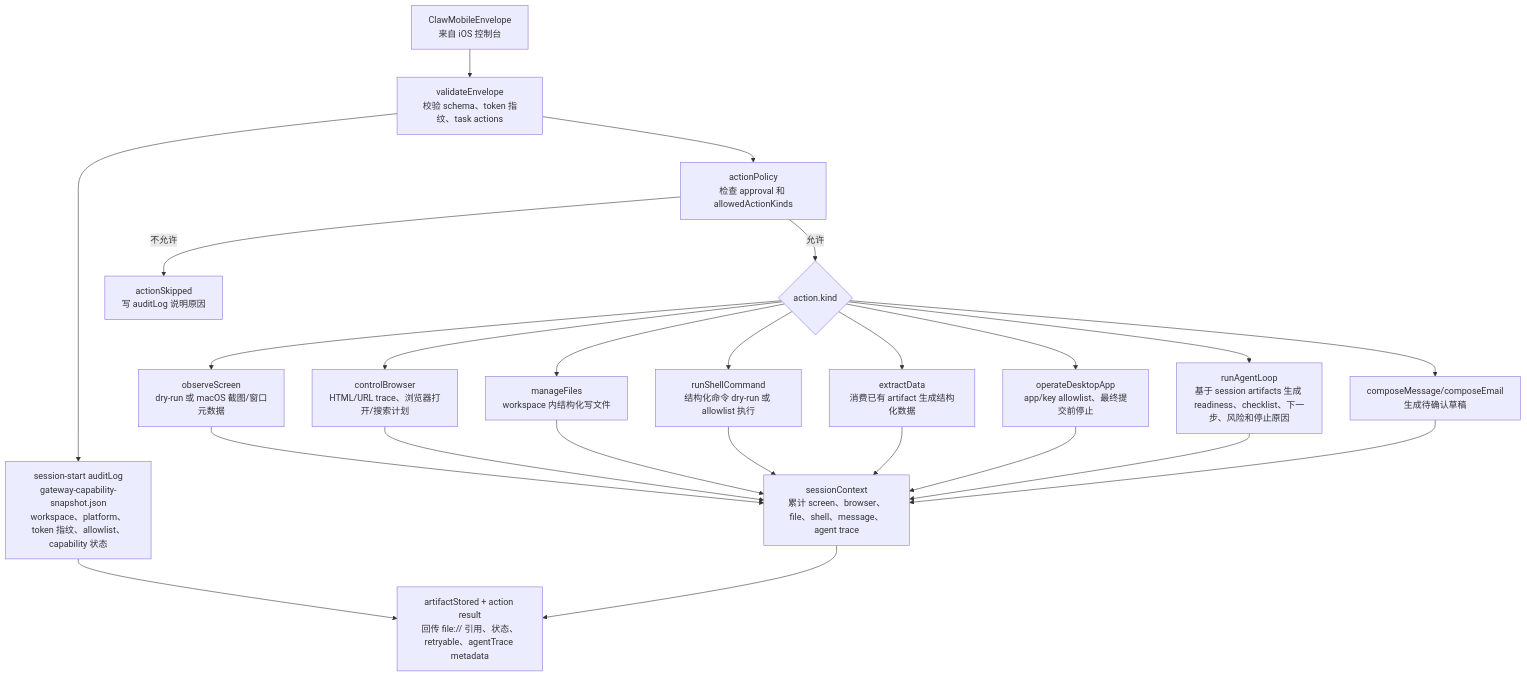
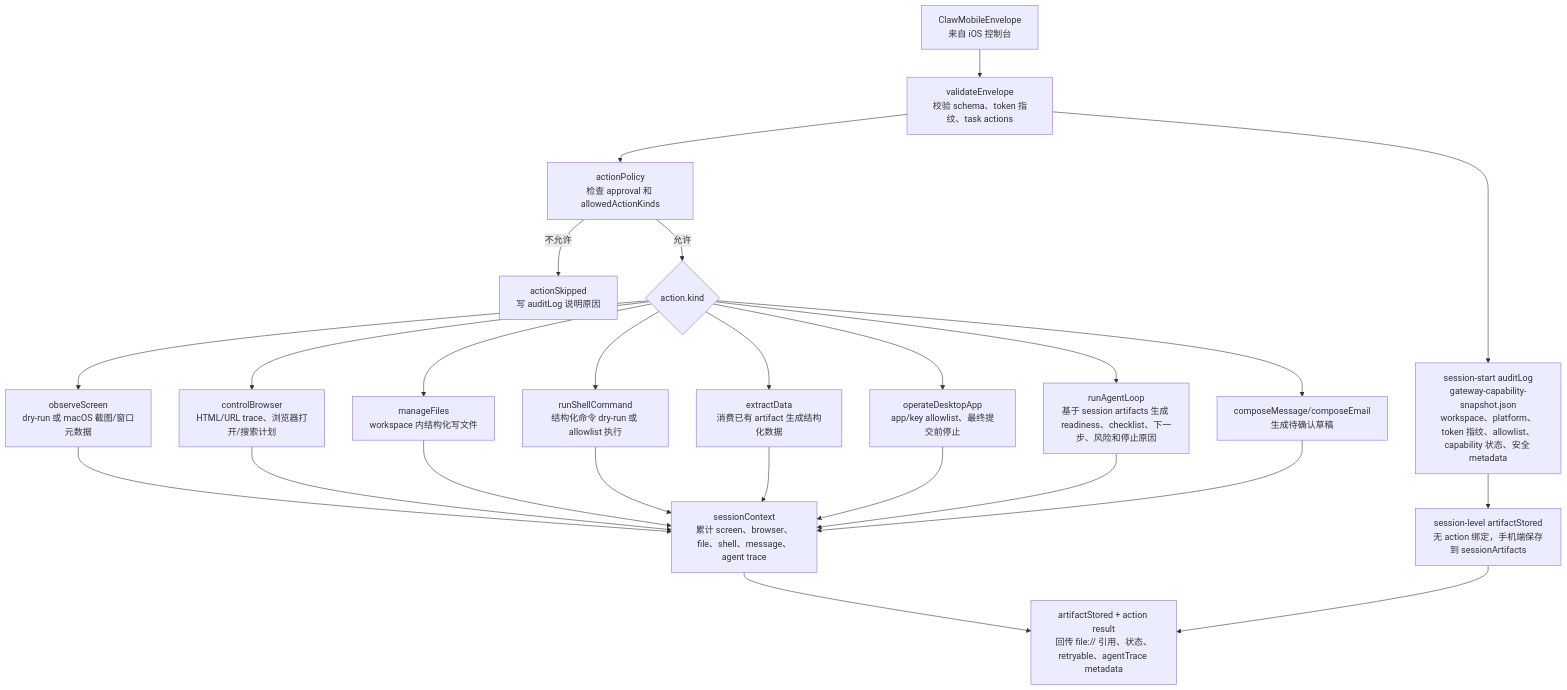
One commit to Altman-sam114/115 changed the second of 3 diagrams in md/flow/flowchart.md. Above: the diagram before and after it, drawn with Mermaid. The commit also changed other lines of this file and 13 other files, not shown here.

````diff
--- a/md/flow/flowchart.md
+++ b/md/flow/flowchart.md
@@ -44,26 +47,27 @@
 ```mermaid
 flowchart TD
   ENV["ClawMobileEnvelope<br/>来自 iOS 控制台"] --> VAL["validateEnvelope<br/>校验 schema、token 指纹、task actions"]
-  VAL --> SNAP["session-start auditLog<br/>gateway-capability-snapshot.json<br/>workspace、platform、token 指纹、allowlist、capability 状态"]
+  VAL --> SNAP["session-start auditLog<br/>gateway-capability-snapshot.json<br/>workspace、platform、token 指纹、allowlist、capability 状态、安全 metadata"]
   VAL --> POL["actionPolicy<br/>检查 approval 和 allowedActionKinds"]
   POL -->|不允许| SKIP["actionSkipped<br/>写 auditLog 说明原因"]
   POL -->|允许| KIND{"action.kind"}
   KIND --> OBS["observeScreen<br/>dry-run 或 macOS 截图/窗口元数据"]
   KIND --> BRO["controlBrowser<br/>HTML/URL trace、浏览器打开/搜索计划"]
   KIND --> FILE["manageFiles<br/>workspace 内结构化写文件"]
   KIND --> SH["runShellCommand<br/>结构化命令 dry-run 或 allowlist 执行"]
   KIND --> EXT["extractData<br/>消费已有 artifact 生成结构化数据"]
   KIND --> APP["operateDesktopApp<br/>app/key allowlist、最终提交前停止"]
   KIND --> AG["runAgentLoop<br/>基于 session artifacts 生成 readiness、checklist、下一步、风险和停止原因"]
   KIND --> MSG["composeMessage/composeEmail<br/>生成待确认草稿"]
   OBS --> CTX["sessionContext<br/>累计 screen、browser、file、shell、message、agent trace"]
   BRO --> CTX
   FILE --> CTX
   SH --> CTX
   EXT --> CTX
   APP --> CTX
   AG --> CTX
   MSG --> CTX
-  SNAP --> OUT
+  SNAP --> SOUT["session-level artifactStored<br/>无 action 绑定，手机端保存到 sessionArtifacts"]
   CTX --> OUT["artifactStored + action result<br/>回传 file:// 引用、状态、retryable、agentTrace metadata"]
+  SOUT --> OUT
 ```
````
